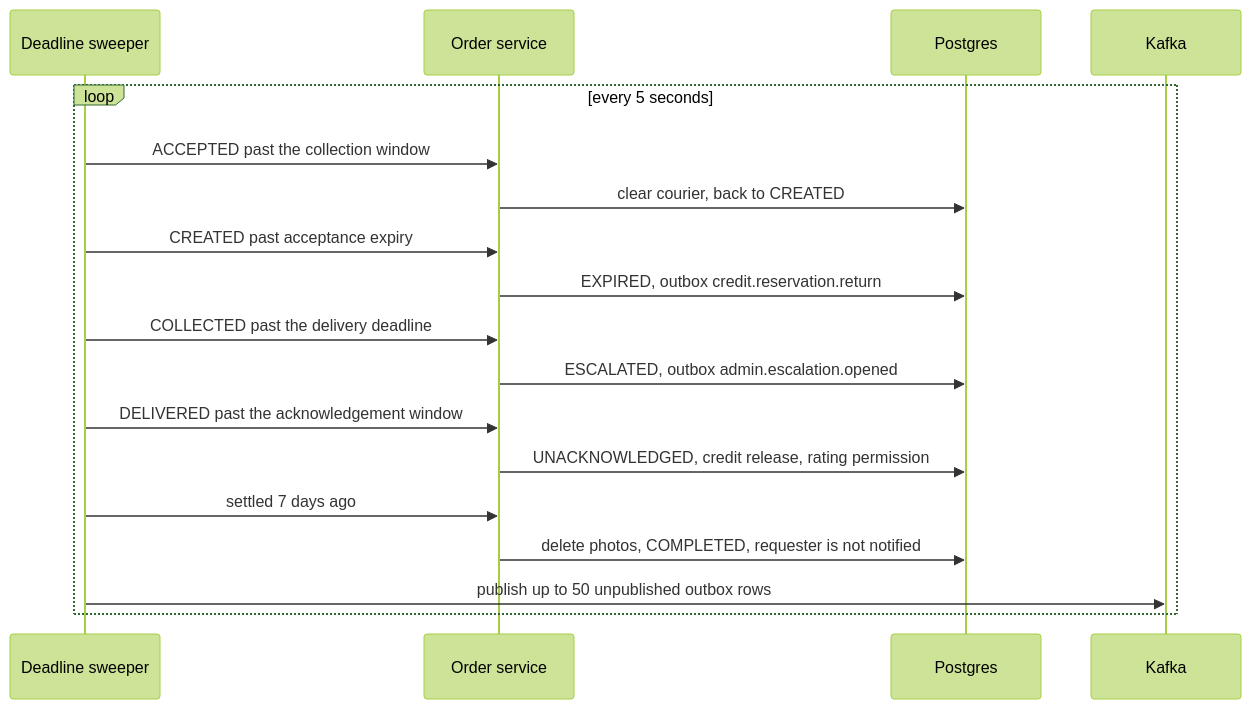
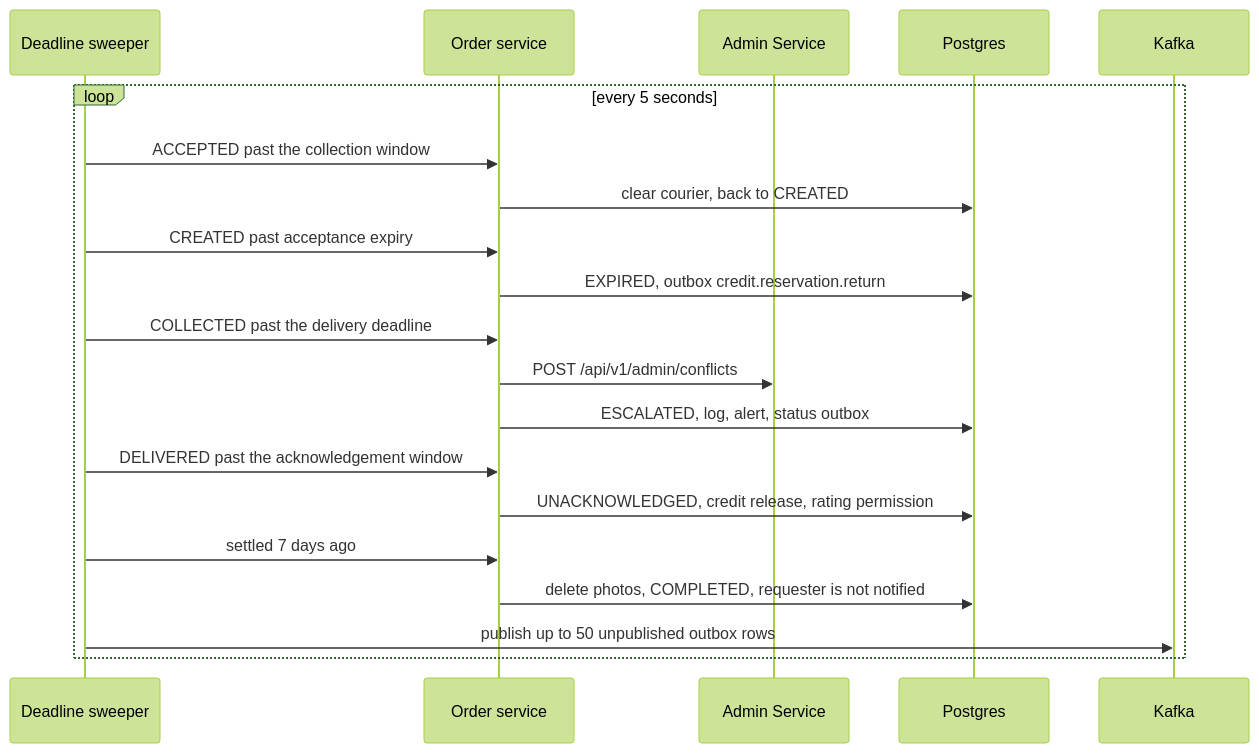
The diagram in order-service/docs/seq-deadlines.mmd (junngithub/AY2627S1-CS3219-P15), drawn with Mermaid (forest theme) before and after one commit. The commit also changed 18 other files, not shown here.

Commit message:
Integrate with Admin Service

```diff
--- a/order-service/docs/seq-deadlines.mmd
+++ b/order-service/docs/seq-deadlines.mmd
@@ -1,19 +1,21 @@
 sequenceDiagram
     participant Sweep as Deadline sweeper
     participant Orders as Order service
+    participant Admin as Admin Service
     participant DB as Postgres
     participant Kafka as Kafka
 
     loop every 5 seconds
         Sweep->>Orders: ACCEPTED past the collection window
         Orders->>DB: clear courier, back to CREATED
         Sweep->>Orders: CREATED past acceptance expiry
         Orders->>DB: EXPIRED, outbox credit.reservation.return
         Sweep->>Orders: COLLECTED past the delivery deadline
-        Orders->>DB: ESCALATED, outbox admin.escalation.opened
+        Orders->>Admin: POST /api/v1/admin/conflicts
+        Orders->>DB: ESCALATED, log, alert, status outbox
         Sweep->>Orders: DELIVERED past the acknowledgement window
         Orders->>DB: UNACKNOWLEDGED, credit release, rating permission
         Sweep->>Orders: settled 7 days ago
         Orders->>DB: delete photos, COMPLETED, requester is not notified
         Sweep->>Kafka: publish up to 50 unpublished outbox rows
     end
```
